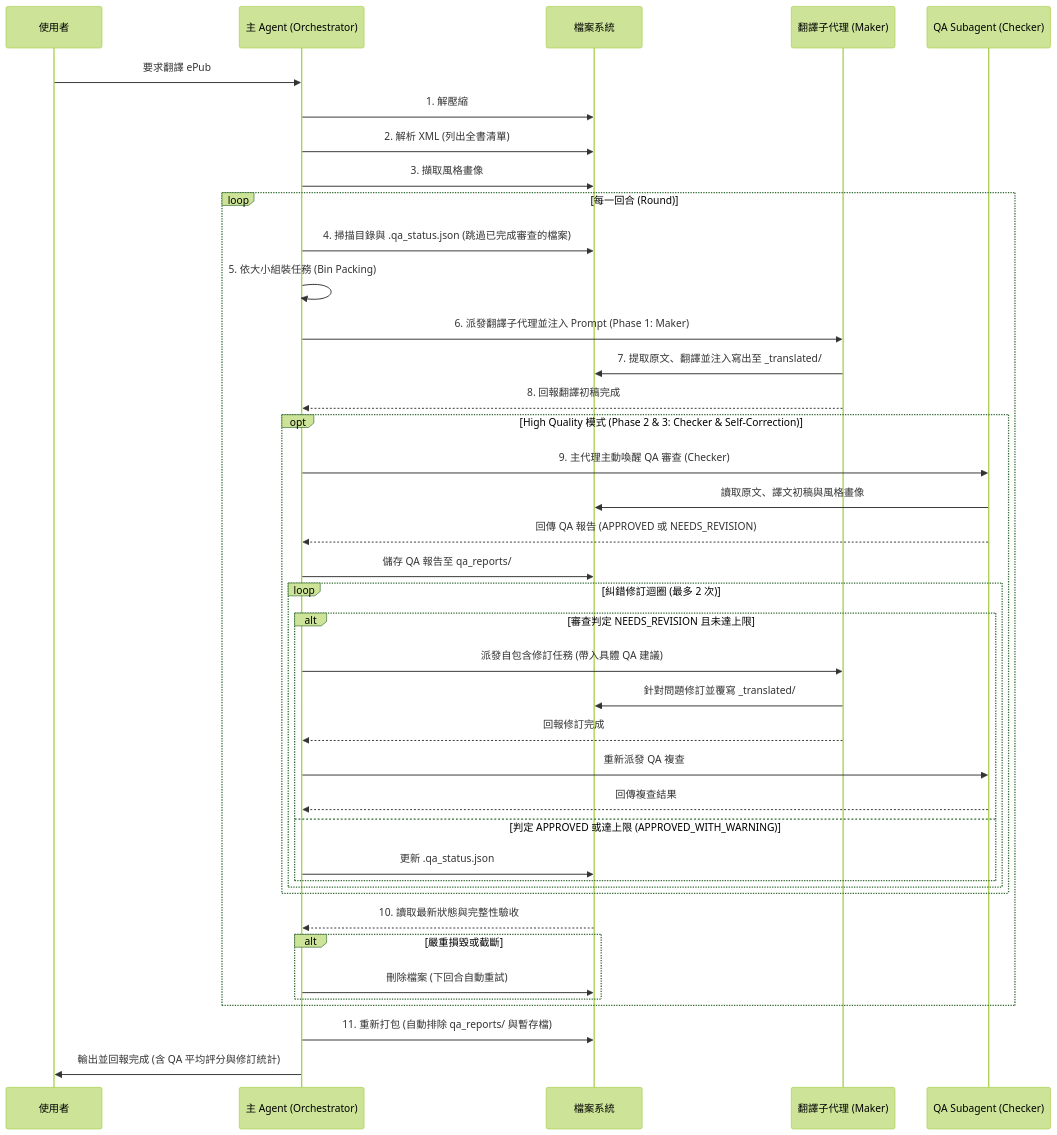
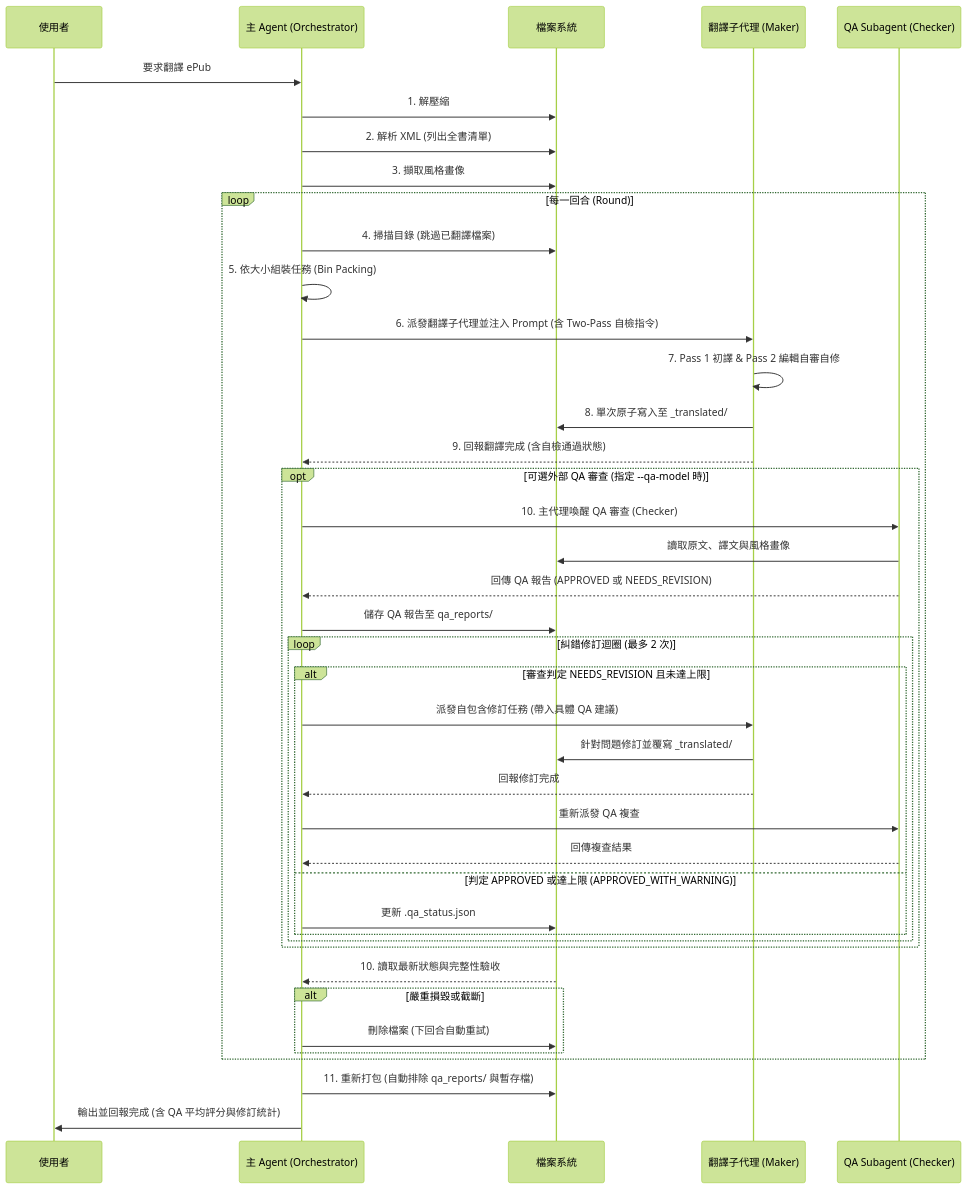
The second of 2 diagrams in .agents/skills/awesome-epub-translator/docs/TECHNICAL_DETAILS.md (dlhdb/epub-translate-agy-skill), drawn with Mermaid (forest theme) before and after one commit. The commit also changed other lines of this file and 4 other files, not shown here.

````diff
--- a/.agents/skills/awesome-epub-translator/docs/TECHNICAL_DETAILS.md
+++ b/.agents/skills/awesome-epub-translator/docs/TECHNICAL_DETAILS.md
@@ -54,48 +54,49 @@
 ```mermaid
 sequenceDiagram
     participant U as 使用者
     participant M as 主 Agent (Orchestrator)
     participant F as 檔案系統
     participant S as 翻譯子代理 (Maker)
     participant Q as QA Subagent (Checker)
     
     U->>M: 要求翻譯 ePub
     M->>F: 1. 解壓縮
     M->>F: 2. 解析 XML (列出全書清單)
     M->>F: 3. 擷取風格畫像
     
     loop 每一回合 (Round)
-        M->>F: 4. 掃描目錄與 .qa_status.json (跳過已完成審查的檔案)
+        M->>F: 4. 掃描目錄 (跳過已翻譯檔案)
         M->>M: 5. 依大小組裝任務 (Bin Packing)
-        M->>S: 6. 派發翻譯子代理並注入 Prompt (Phase 1: Maker)
-        S->>F: 7. 提取原文、翻譯並注入寫出至 _translated/
-        S-->>M: 8. 回報翻譯初稿完成
+        M->>S: 6. 派發翻譯子代理並注入 Prompt (含 Two-Pass 自檢指令)
+        S->>S: 7. Pass 1 初譯 & Pass 2 編輯自審自修
+        S->>F: 8. 單次原子寫入至 _translated/
+        S-->>M: 9. 回報翻譯完成 (含自檢通過狀態)
         
-        opt High Quality 模式 (Phase 2 & 3: Checker & Self-Correction)
-            M->>Q: 9. 主代理主動喚醒 QA 審查 (Checker)
-            Q->>F: 讀取原文、譯文初稿與風格畫像
+        opt 可選外部 QA 審查 (指定 --qa-model 時)
+            M->>Q: 10. 主代理喚醒 QA 審查 (Checker)
+            Q->>F: 讀取原文、譯文與風格畫像
             Q-->>M: 回傳 QA 報告 (APPROVED 或 NEEDS_REVISION)
             M->>F: 儲存 QA 報告至 qa_reports/
             
             loop 糾錯修訂迴圈 (最多 2 次)
                 alt 審查判定 NEEDS_REVISION 且未達上限
                     M->>S: 派發自包含修訂任務 (帶入具體 QA 建議)
                     S->>F: 針對問題修訂並覆寫 _translated/
                     S-->>M: 回報修訂完成
                     M->>Q: 重新派發 QA 複查
                     Q-->>M: 回傳複查結果
                 else 判定 APPROVED 或達上限 (APPROVED_WITH_WARNING)
                     M->>F: 更新 .qa_status.json
                 end
             end
         end
         
         F-->>M: 10. 讀取最新狀態與完整性驗收
         alt 嚴重損毀或截斷
             M->>F: 刪除檔案 (下回合自動重試)
         end
     end
     
     M->>F: 11. 重新打包 (自動排除 qa_reports/ 與暫存檔)
     M->>U: 輸出並回報完成 (含 QA 平均評分與修訂統計)
 ```
````
